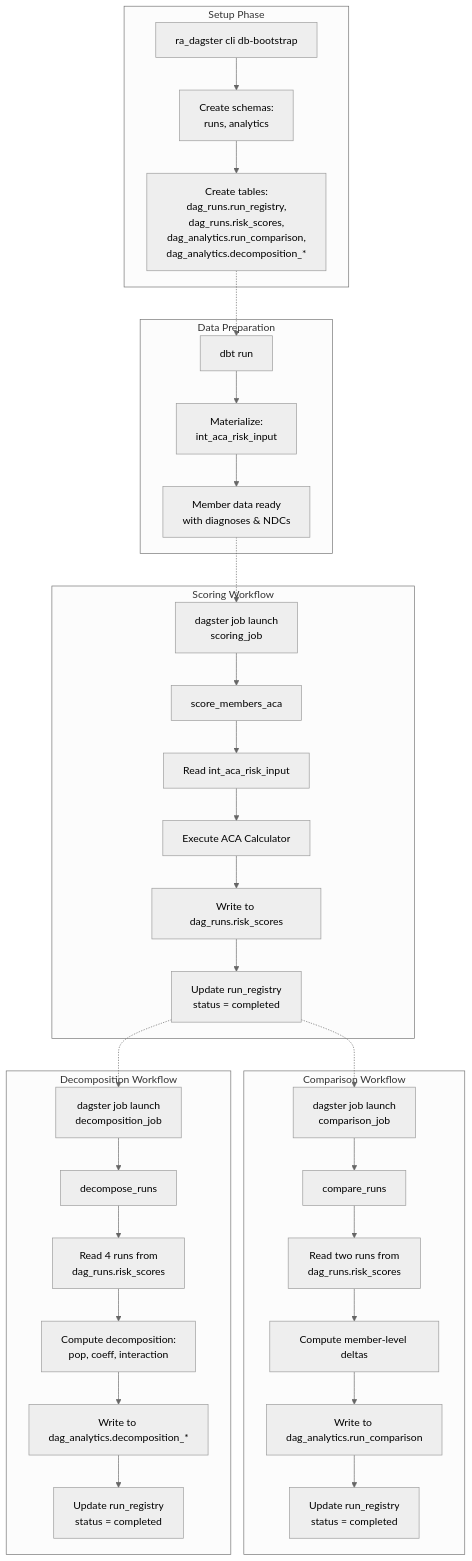
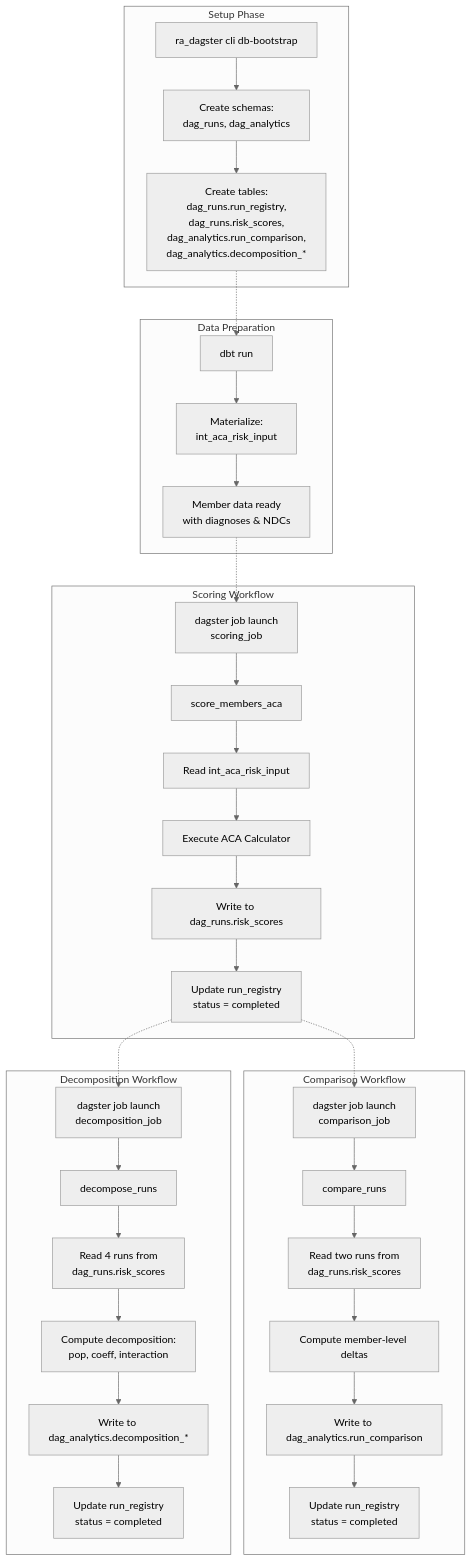
The first of 3 diagrams in ra_dagster/README.md (garthmortensen/prism), drawn with Mermaid (neutral theme) before and after one commit. The commit also changed other lines of this file and 17 other files, not shown here.

````diff
--- a/ra_dagster/README.md
+++ b/ra_dagster/README.md
@@ -79,41 +66,41 @@
 ```mermaid
 graph TB
     subgraph "Setup Phase"
-    A[ra_dagster cli db-bootstrap] --> B[Create schemas:<br/>runs, analytics]
+    A[ra_dagster cli db-bootstrap] --> B[Create schemas:<br/>dag_runs, dag_analytics]
     B --> C[Create tables:<br/>dag_runs.run_registry,<br/>dag_runs.risk_scores,<br/>dag_analytics.run_comparison,<br/>dag_analytics.decomposition_*]
     end
 
     subgraph "Data Preparation"
         D[dbt run] --> E[Materialize:<br/>int_aca_risk_input]
         E --> F[Member data ready<br/>with diagnoses & NDCs]
     end
 
     subgraph "Scoring Workflow"
         G[dagster job launch<br/>scoring_job] --> H[score_members_aca]
         H --> I[Read int_aca_risk_input]
         I --> J[Execute ACA Calculator]
         J --> K[Write to dag_runs.risk_scores]
         K --> L[Update run_registry<br/>status = completed]
     end
 
     subgraph "Comparison Workflow"
         M[dagster job launch<br/>comparison_job] --> N[compare_runs]
         N --> O[Read two runs from<br/>dag_runs.risk_scores]
         O --> P[Compute member-level deltas]
         P --> Q[Write to dag_analytics.run_comparison]
         Q --> R[Update run_registry<br/>status = completed]
     end
 
     subgraph "Decomposition Workflow"
         S[dagster job launch<br/>decomposition_job] --> T[decompose_runs]
         T --> U[Read 4 runs from<br/>dag_runs.risk_scores]
         U --> V[Compute decomposition:<br/>pop, coeff, interaction]
         V --> W[Write to dag_analytics.decomposition_*]
         W --> X[Update run_registry<br/>status = completed]
     end
 
     C -.-> D
     F -.-> G
     L -.-> M
     L -.-> S
 ```
````
